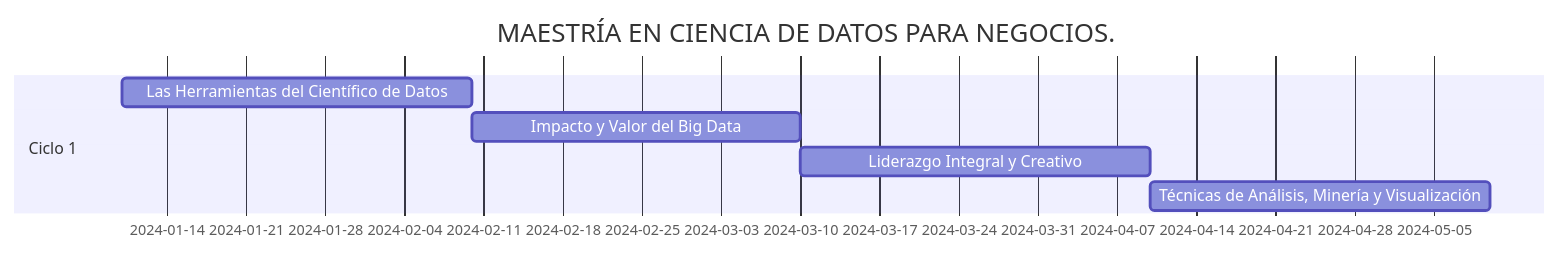
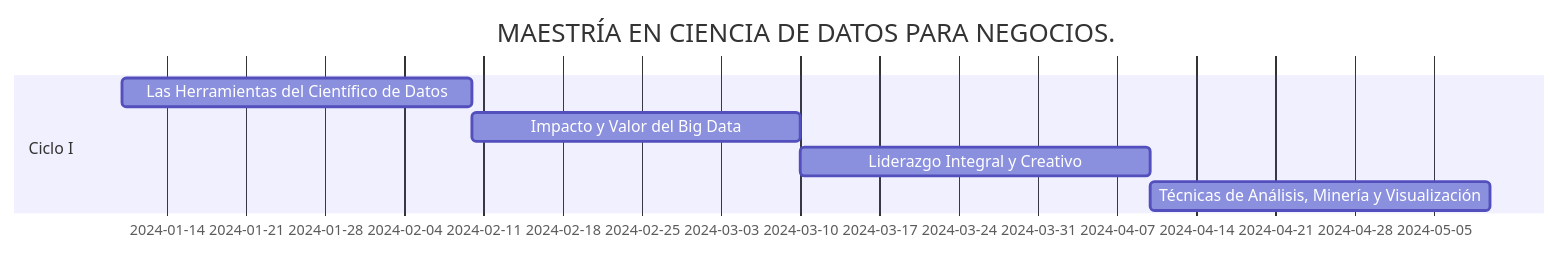
The first of 3 diagrams in README.md (FernandoAleisy/Maestria_Ciencia_Datos_Negocios), drawn with Mermaid before and after one commit. The commit also changed other lines of this file and 35 other files, not shown here.

````diff
--- a/README.md
+++ b/README.md
@@ -27,10 +27,10 @@
 ```mermaid
 gantt
     title MAESTRÍA EN CIENCIA DE DATOS PARA NEGOCIOS.
     dateFormat  DD-MM-YYYY
-    section Ciclo 1
+    section Ciclo I
     Las Herramientas del Científico de Datos : a1, 10-01-2024, 1M
     Impacto y Valor del Big Data : a2, 10-02-2024, 1M
     Liderazgo Integral y Creativo : a3, 10-03-2024, 1M
     Técnicas de Análisis, Minería y Visualización : a4, 10-04-2024, 1M
 ```
````
